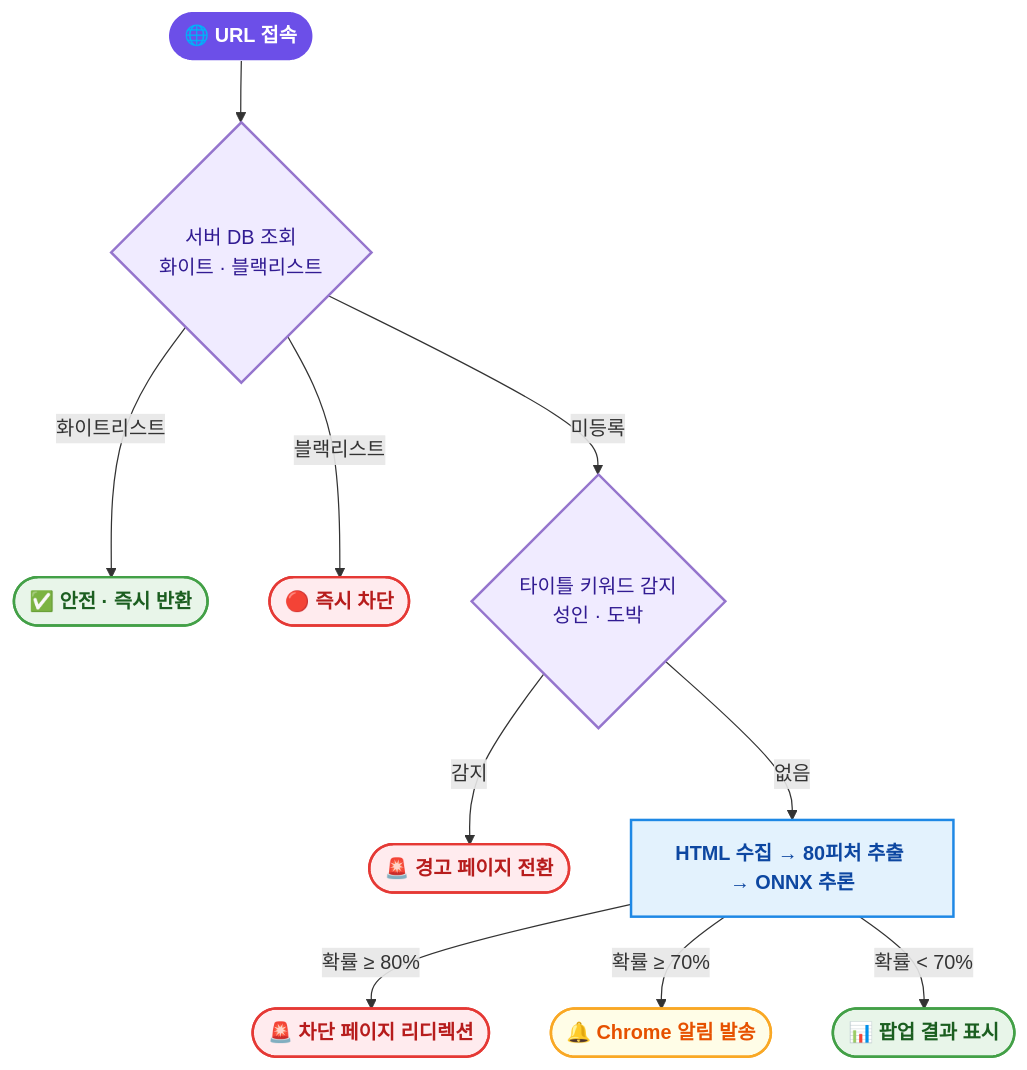
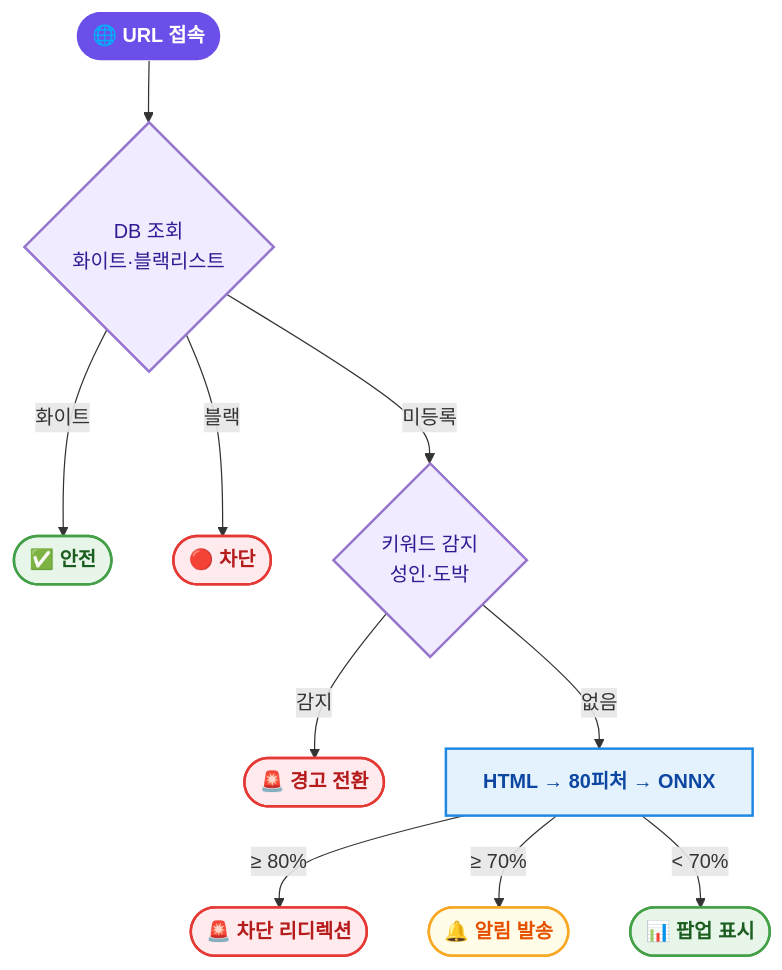
One commit to hazzyAI/pillsang-chrome-extension changed the diagram in README.md. Above: the diagram before and after it, drawn with Mermaid. The commit also changed other lines of this file, not shown here.

Commit message:
compact flowchart labels + th header grid for 주요기능

````diff
--- a/README.md
+++ b/README.md
@@ -22,19 +22,19 @@
 ```mermaid
 flowchart TD
-    A([🌐 URL 접속]):::start --> B{"서버 DB 조회\n화이트 · 블랙리스트"}:::dec
-    B -->|화이트리스트| W([✅ 안전 · 즉시 반환]):::safe
-    B -->|블랙리스트| BL([🔴 즉시 차단]):::block
-    B -->|미등록| C{"타이틀 키워드 감지\n성인 · 도박"}:::dec
-    C -->|감지| K([🚨 경고 페이지 전환]):::block
-    C -->|없음| D["HTML 수집 → 80피처 추출 → ONNX 추론"]:::proc
-    D -->|확률 ≥ 80%| F([🚨 차단 페이지 리디렉션]):::block
-    D -->|확률 ≥ 70%| G([🔔 Chrome 알림 발송]):::warn
-    D -->|확률 < 70%| H([📊 팝업 결과 표시]):::safe
+    A([🌐 URL 접속]):::start --> B{"DB 조회\n화이트·블랙리스트"}:::dec
+    B -->|화이트| W([✅ 안전]):::safe
+    B -->|블랙| BL([🔴 차단]):::block
+    B -->|미등록| C{"키워드 감지\n성인·도박"}:::dec
+    C -->|감지| K([🚨 경고 전환]):::block
+    C -->|없음| D["HTML → 80피처 → ONNX"]:::proc
+    D -->|≥ 80%| F([🚨 차단 리디렉션]):::block
+    D -->|≥ 70%| G([🔔 알림 발송]):::warn
+    D -->|< 70%| H([📊 팝업 표시]):::safe
 
     classDef start fill:#6C4FE8,stroke:none,color:#fff,font-weight:700
     classDef dec   fill:#F0EBFF,stroke:#9575CD,stroke-width:2px,color:#311B92
     classDef safe  fill:#E8F5E9,stroke:#43A047,stroke-width:2px,color:#1B5E20,font-weight:600
     classDef block fill:#FFEBEE,stroke:#E53935,stroke-width:2px,color:#B71C1C,font-weight:600
     classDef warn  fill:#FFFDE7,stroke:#F9A825,stroke-width:2px,color:#E65100,font-weight:600
     classDef proc  fill:#E3F2FD,stroke:#1E88E5,stroke-width:2px,color:#0D47A1,font-weight:600
 ```
````
